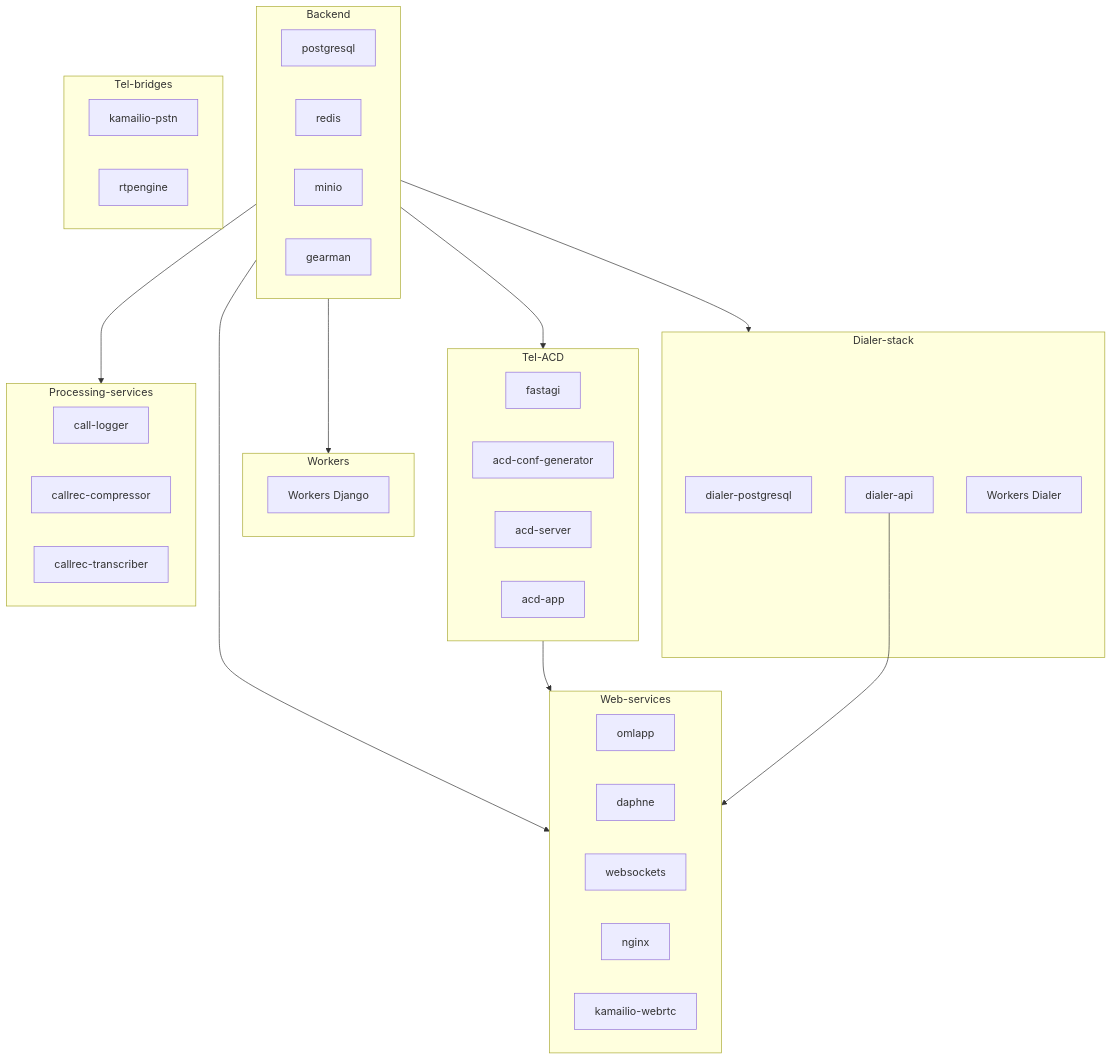
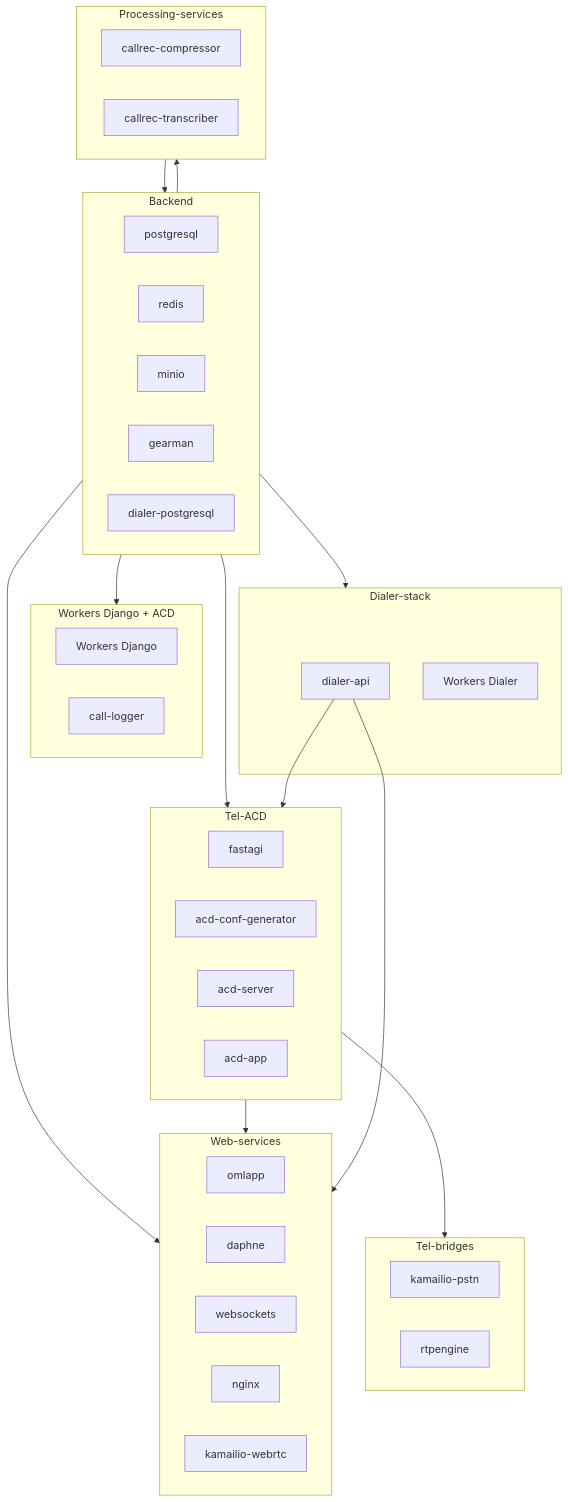
One commit to Freetech-Solutions/omldeploytool changed the diagram in docker-compose/deploy.md. Above: the diagram before and after it, drawn with Mermaid. The commit also changed other lines of this file and 6 other files, not shown here.

````diff
--- a/docker-compose/deploy.md
+++ b/docker-compose/deploy.md
@@ -135,53 +146,56 @@
 ```mermaid
 flowchart TB
   subgraph backend [Backend]
     postgresql[postgresql]
     redis[redis]
     minio[minio]
     gearman[gearman]
+    dialer_pg[dialer-postgresql]
   end
 
   subgraph tel_acd [Tel-ACD]
     fastagi[fastagi]
     acd_conf[acd-conf-generator]
     acd_server[acd-server]
     acd_app[acd-app]
   end
 
   subgraph tel_bridges [Tel-bridges]
     kamailio_pstn[kamailio-pstn]
     rtpengine[rtpengine]
   end
 
   subgraph web_services [Web-services]
     omlapp[omlapp]
     daphne[daphne]
     websockets[websockets]
     nginx[nginx]
     kamailio_webrtc[kamailio-webrtc]
   end
 
-  subgraph workers [Workers]
+  subgraph workers [Workers Django + ACD]
     workers_django[Workers Django]
+    call_logger[call-logger]
   end
 
   subgraph dialer_stack [Dialer-stack]
-    dialer_postgresql[dialer-postgresql]
     dialer_api[dialer-api]
     dialer_workers[Workers Dialer]
   end
 
   subgraph processing [Processing-services]
-    call_logger[call-logger]
     callrec_compressor[callrec-compressor]
     callrec_transcriber[callrec-transcriber]
   end
 
   backend --> web_services
   backend --> tel_acd
   backend --> dialer_stack
   backend --> workers
   backend --> processing
+  tel_acd --> tel_bridges
   tel_acd --> web_services
+  dialer_api --> tel_acd
   dialer_api --> web_services
+  processing --> backend
 ```
````
